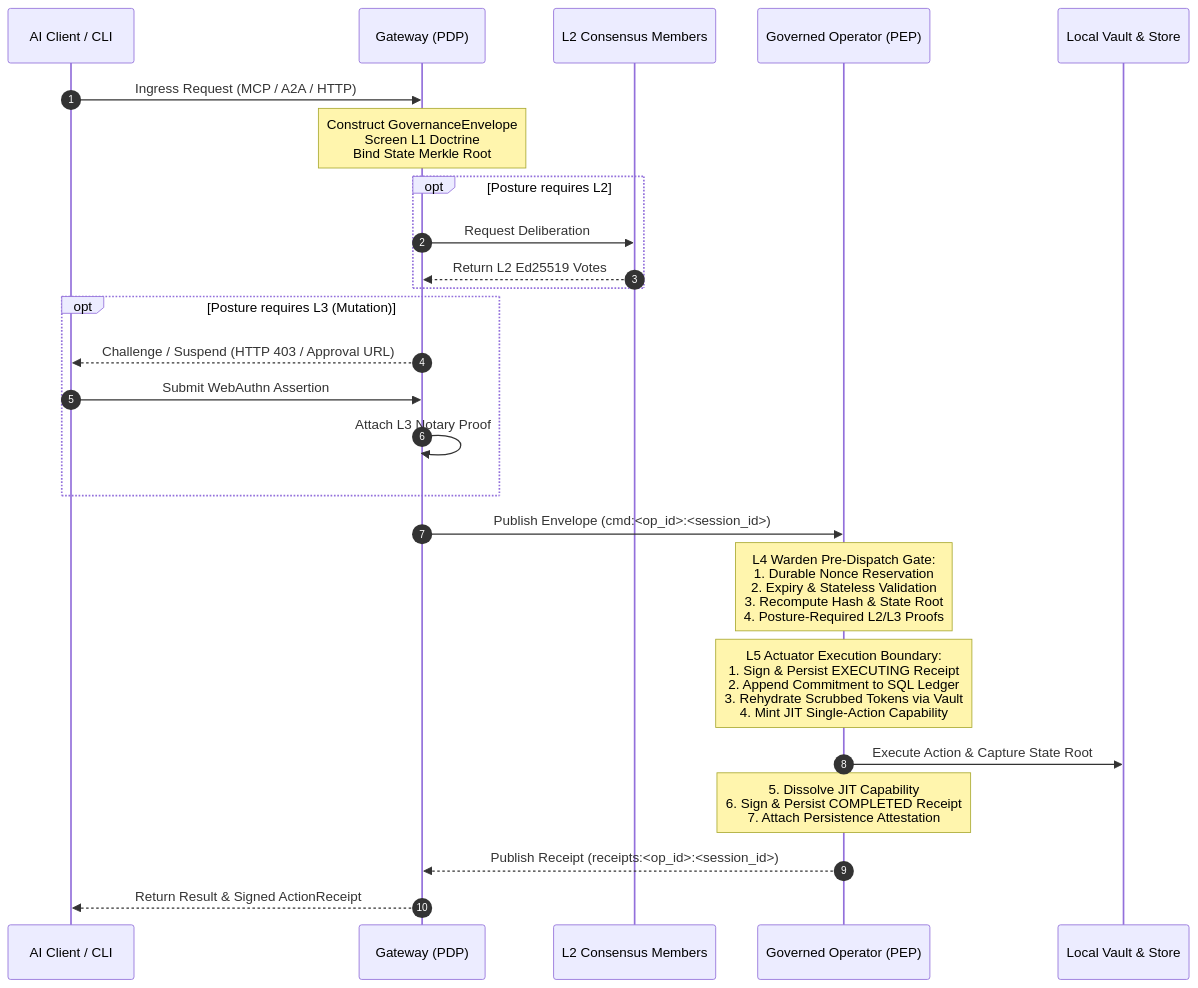
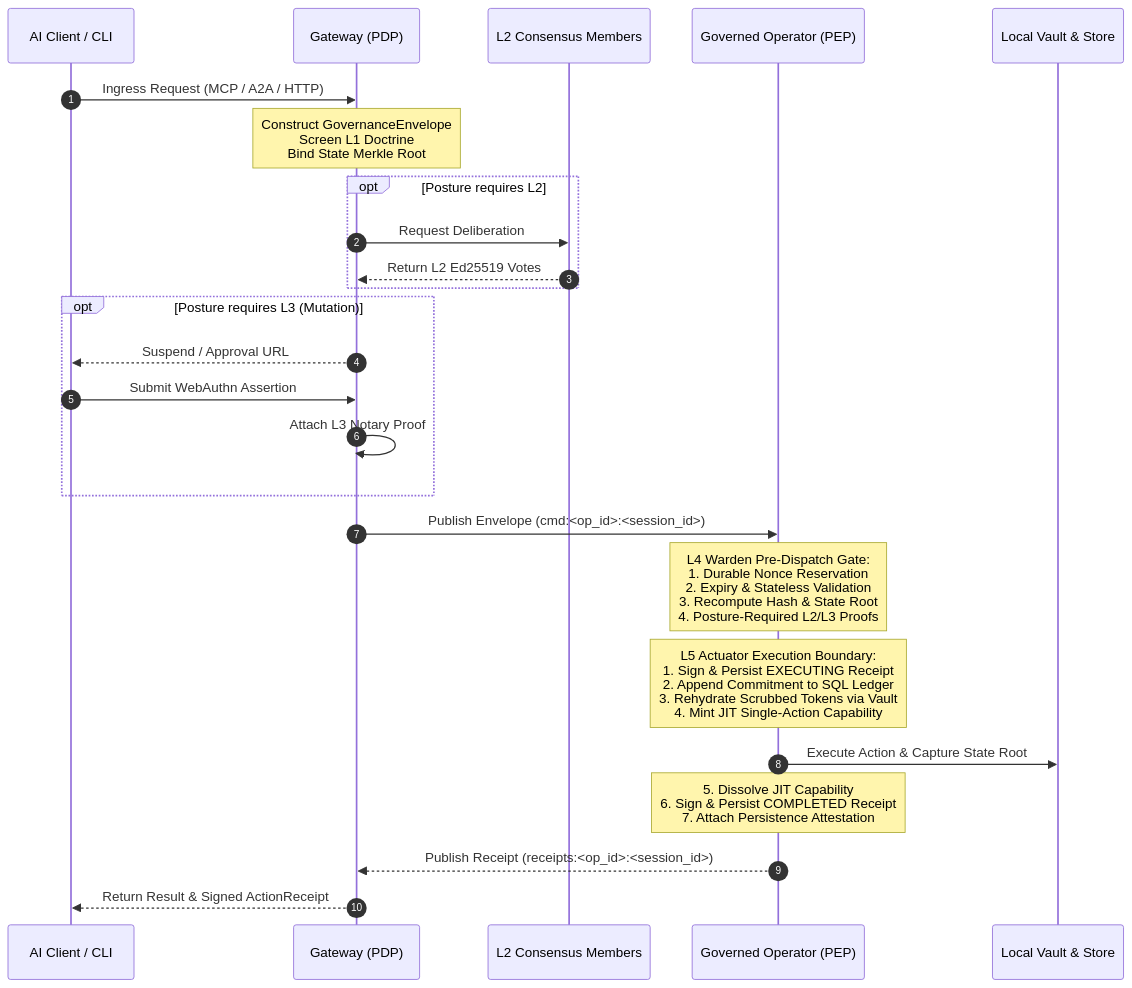
The diagram in docs/architecture/overview.md (zerotrustdata/ztd), drawn with Mermaid before and after one commit. The commit also changed other lines of this file and 735 other files, not shown here.

````diff
--- a/docs/architecture/overview.md
+++ b/docs/architecture/overview.md
@@ -179,28 +181,28 @@
 ```mermaid
 sequenceDiagram
     autonumber
     participant Client as AI Client / CLI
     participant GW as Gateway (PDP)
     participant Delib as L2 Consensus Members
     participant OP as Governed Operator (PEP)
     participant Vault as Local Vault & Store
 
     Client->>GW: Ingress Request (MCP / A2A / HTTP)
     Note over GW: Construct GovernanceEnvelope<br/>Screen L1 Doctrine<br/>Bind State Merkle Root
     opt Posture requires L2
         GW->>Delib: Request Deliberation
         Delib-->>GW: Return L2 Ed25519 Votes
     end
     opt Posture requires L3 (Mutation)
-        GW-->>Client: Challenge / Suspend (HTTP 403 / Approval URL)
+        GW-->>Client: Suspend / Approval URL
         Client->>GW: Submit WebAuthn Assertion
         GW->>GW: Attach L3 Notary Proof
     end
     GW->>OP: Publish Envelope (cmd:<op_id>:<session_id>)
     Note over OP: L4 Warden Pre-Dispatch Gate:<br/>1. Durable Nonce Reservation<br/>2. Expiry & Stateless Validation<br/>3. Recompute Hash & State Root<br/>4. Posture-Required L2/L3 Proofs
     Note over OP: L5 Actuator Execution Boundary:<br/>1. Sign & Persist EXECUTING Receipt<br/>2. Append Commitment to SQL Ledger<br/>3. Rehydrate Scrubbed Tokens via Vault<br/>4. Mint JIT Single-Action Capability
     OP->>Vault: Execute Action & Capture State Root
     Note over OP: 5. Dissolve JIT Capability<br/>6. Sign & Persist COMPLETED Receipt<br/>7. Attach Persistence Attestation
     OP-->>GW: Publish Receipt (receipts:<op_id>:<session_id>)
     GW-->>Client: Return Result & Signed ActionReceipt
 ```
````
